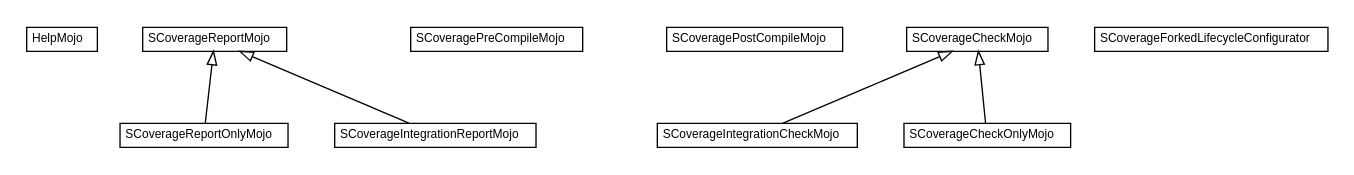
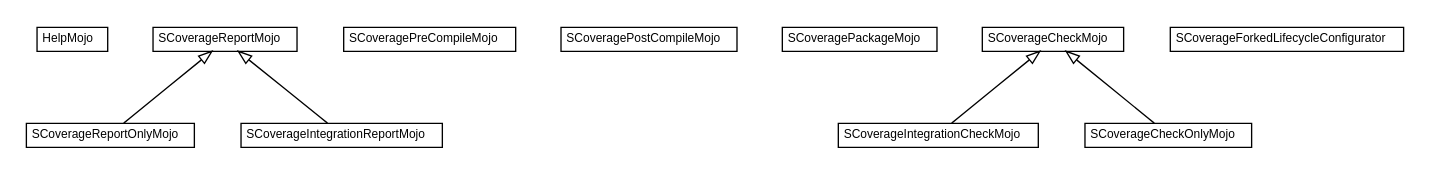
The diagram in 1.2.0-SNAPSHOT/apidocs/org/scoverage/plugin/org.scoverage.plugin.dot (scoverage/scoverage-maven-plugin), drawn with Graphviz before and after one commit. The commit also changed 84 other files, not shown here.

```diff
--- a/1.2.0-SNAPSHOT/apidocs/org/scoverage/plugin/org.scoverage.plugin.dot
+++ b/1.2.0-SNAPSHOT/apidocs/org/scoverage/plugin/org.scoverage.plugin.dot
@@ -1,80 +1,86 @@
 #!/usr/local/bin/dot
 #
 # Class diagram 
 # Generated by UMLGraph version R5_6-24-gf6e263 (http://www.umlgraph.org/)
 #
 
 digraph G {
 	edge [fontname="arial",fontsize=10,labelfontname="arial",labelfontsize=10];
 	node [fontname="arial",fontsize=10,shape=plaintext];
 	nodesep=0.25;
 	ranksep=0.5;
 	// org.scoverage.plugin.HelpMojo
 	c0 [label=<<table title="org.scoverage.plugin.HelpMojo" border="0" cellborder="1" cellspacing="0" cellpadding="2" port="p" href="./HelpMojo.html">
 		<tr><td><table border="0" cellspacing="0" cellpadding="1">
 <tr><td align="center" balign="center"> HelpMojo </td></tr>
 		</table></td></tr>
 		</table>>, URL="./HelpMojo.html", fontname="arial", fontcolor="black", fontsize=9.0];
 	// org.scoverage.plugin.SCoverageReportOnlyMojo
 	c1 [label=<<table title="org.scoverage.plugin.SCoverageReportOnlyMojo" border="0" cellborder="1" cellspacing="0" cellpadding="2" port="p" href="./SCoverageReportOnlyMojo.html">
 		<tr><td><table border="0" cellspacing="0" cellpadding="1">
 <tr><td align="center" balign="center"> SCoverageReportOnlyMojo </td></tr>
 		</table></td></tr>
 		</table>>, URL="./SCoverageReportOnlyMojo.html", fontname="arial", fontcolor="black", fontsize=9.0];
 	// org.scoverage.plugin.SCoverageReportMojo
 	c2 [label=<<table title="org.scoverage.plugin.SCoverageReportMojo" border="0" cellborder="1" cellspacing="0" cellpadding="2" port="p" href="./SCoverageReportMojo.html">
 		<tr><td><table border="0" cellspacing="0" cellpadding="1">
 <tr><td align="center" balign="center"> SCoverageReportMojo </td></tr>
 		</table></td></tr>
 		</table>>, URL="./SCoverageReportMojo.html", fontname="arial", fontcolor="black", fontsize=9.0];
 	// org.scoverage.plugin.SCoveragePreCompileMojo
 	c3 [label=<<table title="org.scoverage.plugin.SCoveragePreCompileMojo" border="0" cellborder="1" cellspacing="0" cellpadding="2" port="p" href="./SCoveragePreCompileMojo.html">
 		<tr><td><table border="0" cellspacing="0" cellpadding="1">
 <tr><td align="center" balign="center"> SCoveragePreCompileMojo </td></tr>
 		</table></td></tr>
 		</table>>, URL="./SCoveragePreCompileMojo.html", fontname="arial", fontcolor="black", fontsize=9.0];
 	// org.scoverage.plugin.SCoveragePostCompileMojo
 	c4 [label=<<table title="org.scoverage.plugin.SCoveragePostCompileMojo" border="0" cellborder="1" cellspacing="0" cellpadding="2" port="p" href="./SCoveragePostCompileMojo.html">
 		<tr><td><table border="0" cellspacing="0" cellpadding="1">
 <tr><td align="center" balign="center"> SCoveragePostCompileMojo </td></tr>
 		</table></td></tr>
 		</table>>, URL="./SCoveragePostCompileMojo.html", fontname="arial", fontcolor="black", fontsize=9.0];
+	// org.scoverage.plugin.SCoveragePackageMojo
+	c5 [label=<<table title="org.scoverage.plugin.SCoveragePackageMojo" border="0" cellborder="1" cellspacing="0" cellpadding="2" port="p" href="./SCoveragePackageMojo.html">
+		<tr><td><table border="0" cellspacing="0" cellpadding="1">
+<tr><td align="center" balign="center"> SCoveragePackageMojo </td></tr>
+		</table></td></tr>
+		</table>>, URL="./SCoveragePackageMojo.html", fontname="arial", fontcolor="black", fontsize=9.0];
 	// org.scoverage.plugin.SCoverageIntegrationReportMojo
-	c5 [label=<<table title="org.scoverage.plugin.SCoverageIntegrationReportMojo" border="0" cellborder="1" cellspacing="0" cellpadding="2" port="p" href="./SCoverageIntegrationReportMojo.html">
+	c6 [label=<<table title="org.scoverage.plugin.SCoverageIntegrationReportMojo" border="0" cellborder="1" cellspacing="0" cellpadding="2" port="p" href="./SCoverageIntegrationReportMojo.html">
 		<tr><td><table border="0" cellspacing="0" cellpadding="1">
 <tr><td align="center" balign="center"> SCoverageIntegrationReportMojo </td></tr>
 		</table></td></tr>
 		</table>>, URL="./SCoverageIntegrationReportMojo.html", fontname="arial", fontcolor="black", fontsize=9.0];
 	// org.scoverage.plugin.SCoverageIntegrationCheckMojo
-	c6 [label=<<table title="org.scoverage.plugin.SCoverageIntegrationCheckMojo" border="0" cellborder="1" cellspacing="0" cellpadding="2" port="p" href="./SCoverageIntegrationCheckMojo.html">
+	c7 [label=<<table title="org.scoverage.plugin.SCoverageIntegrationCheckMojo" border="0" cellborder="1" cellspacing="0" cellpadding="2" port="p" href="./SCoverageIntegrationCheckMojo.html">
 		<tr><td><table border="0" cellspacing="0" cellpadding="1">
 <tr><td align="center" balign="center"> SCoverageIntegrationCheckMojo </td></tr>
 		</table></td></tr>
 		</table>>, URL="./SCoverageIntegrationCheckMojo.html", fontname="arial", fontcolor="black", fontsize=9.0];
 	// org.scoverage.plugin.SCoverageForkedLifecycleConfigurator
-	c7 [label=<<table title="org.scoverage.plugin.SCoverageForkedLifecycleConfigurator" border="0" cellborder="1" cellspacing="0" cellpadding="2" port="p" href="./SCoverageForkedLifecycleConfigurator.html">
+	c8 [label=<<table title="org.scoverage.plugin.SCoverageForkedLifecycleConfigurator" border="0" cellborder="1" cellspacing="0" cellpadding="2" port="p" href="./SCoverageForkedLifecycleConfigurator.html">
 		<tr><td><table border="0" cellspacing="0" cellpadding="1">
 <tr><td align="center" balign="center"> SCoverageForkedLifecycleConfigurator </td></tr>
 		</table></td></tr>
 		</table>>, URL="./SCoverageForkedLifecycleConfigurator.html", fontname="arial", fontcolor="black", fontsize=9.0];
 	// org.scoverage.plugin.SCoverageCheckOnlyMojo
-	c8 [label=<<table title="org.scoverage.plugin.SCoverageCheckOnlyMojo" border="0" cellborder="1" cellspacing="0" cellpadding="2" port="p" href="./SCoverageCheckOnlyMojo.html">
+	c9 [label=<<table title="org.scoverage.plugin.SCoverageCheckOnlyMojo" border="0" cellborder="1" cellspacing="0" cellpadding="2" port="p" href="./SCoverageCheckOnlyMojo.html">
 		<tr><td><table border="0" cellspacing="0" cellpadding="1">
 <tr><td align="center" balign="center"> SCoverageCheckOnlyMojo </td></tr>
 		</table></td></tr>
 		</table>>, URL="./SCoverageCheckOnlyMojo.html", fontname="arial", fontcolor="black", fontsize=9.0];
 	// org.scoverage.plugin.SCoverageCheckMojo
-	c9 [label=<<table title="org.scoverage.plugin.SCoverageCheckMojo" border="0" cellborder="1" cellspacing="0" cellpadding="2" port="p" href="./SCoverageCheckMojo.html">
+	c10 [label=<<table title="org.scoverage.plugin.SCoverageCheckMojo" border="0" cellborder="1" cellspacing="0" cellpadding="2" port="p" href="./SCoverageCheckMojo.html">
 		<tr><td><table border="0" cellspacing="0" cellpadding="1">
 <tr><td align="center" balign="center"> SCoverageCheckMojo </td></tr>
 		</table></td></tr>
 		</table>>, URL="./SCoverageCheckMojo.html", fontname="arial", fontcolor="black", fontsize=9.0];
 	//org.scoverage.plugin.SCoverageReportOnlyMojo extends org.scoverage.plugin.SCoverageReportMojo
 	c2:p -> c1:p [dir=back,arrowtail=empty];
 	//org.scoverage.plugin.SCoverageIntegrationReportMojo extends org.scoverage.plugin.SCoverageReportMojo
-	c2:p -> c5:p [dir=back,arrowtail=empty];
+	c2:p -> c6:p [dir=back,arrowtail=empty];
 	//org.scoverage.plugin.SCoverageIntegrationCheckMojo extends org.scoverage.plugin.SCoverageCheckMojo
-	c9:p -> c6:p [dir=back,arrowtail=empty];
+	c10:p -> c7:p [dir=back,arrowtail=empty];
 	//org.scoverage.plugin.SCoverageCheckOnlyMojo extends org.scoverage.plugin.SCoverageCheckMojo
-	c9:p -> c8:p [dir=back,arrowtail=empty];
+	c10:p -> c9:p [dir=back,arrowtail=empty];
 }
```
